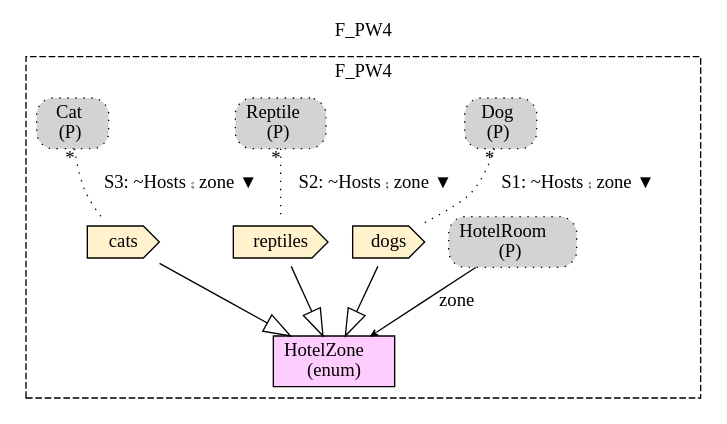
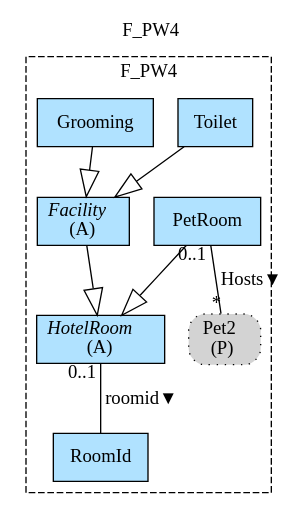
One commit to namalio/Fragmenta changed the diagram in Haskell/FragmentaTests/PetsWorld/img/F_PW4.gv. Above: the diagram before and after it, drawn with Graphviz. The commit also changed 161 other files, not shown here.

```diff
--- a/Haskell/FragmentaTests/PetsWorld/img/F_PW4.gv
+++ b/Haskell/FragmentaTests/PetsWorld/img/F_PW4.gv
@@ -1,25 +1,20 @@
 digraph {graph[label=F_PW4,labelloc=tl,labelfontsize=12];
 subgraph cluster_F_PW4{style=dashed;label=F_PW4;
-"PHotelRoom"[shape=box,fillcolor=lightgray,style ="rounded,filled,dotted",label=<HotelRoom<br/>(P)>];
-"PDog"[shape=box,fillcolor=lightgray,style ="rounded,filled,dotted",label=<Dog<br/>(P)>];
-"PReptile"[shape=box,fillcolor=lightgray,style ="rounded,filled,dotted",label=<Reptile<br/>(P)>];
-"PCat"[shape=box,fillcolor=lightgray,style ="rounded,filled,dotted",label=<Cat<br/>(P)>];
-"dogs"[shape=cds,fillcolor="#FFF2CC",style = filled,label="dogs"];
-"reptiles"[shape=cds,fillcolor="#FFF2CC",style = filled,label="reptiles"];
-"cats"[shape=cds,fillcolor="#FFF2CC",style = filled,label="cats"];
-"HotelZone"[shape=record,fillcolor="#FFCCFF",style = filled,label="HotelZone\l(enum)"];
+"PPet2"[shape=box,fillcolor=lightgray,style ="rounded,filled,dotted",label=<Pet2<br/>(P)>];
+"PetRoom"[shape=record,fillcolor=lightskyblue1,style = filled,label="PetRoom"];
+"RoomId"[shape=record,fillcolor=lightskyblue1,style = filled,label="RoomId"];
+"Facility"[shape=record,fillcolor=lightskyblue1,style = filled,label=<{<I>Facility</I><br/>(A)}>];
+"Toilet"[shape=record,fillcolor=lightskyblue1,style = filled,label="Toilet"];
+"Grooming"[shape=record,fillcolor=lightskyblue1,style = filled,label="Grooming"];
+"HotelRoom"[shape=record,fillcolor=lightskyblue1,style = filled,label=<{<I>HotelRoom</I><br/>(A)}>];
 
-"dogs"->"HotelZone"[arrowhead=onormal,arrowsize=2.0];
-"reptiles"->"HotelZone"[arrowhead=onormal,arrowsize=2.0];
-"cats"->"HotelZone"[arrowhead=onormal,arrowsize=2.0];
-"PHotelRoom"->"HotelZone"[label="zone",arrowhead=vee,headlabel="",arrowsize=.5];
-"PDog"->"dogs"[label="S1: ~Hosts ⨾ zone ▼",dir=none,taillabel="*",headlabel="",style=dotted];
-"PReptile"->"reptiles"[label="S2: ~Hosts ⨾ zone ▼",dir=none,taillabel="*",headlabel="",style=dotted];
-"PCat"->"cats"[label="S3: ~Hosts ⨾ zone ▼",dir=none,taillabel="*",headlabel="",style=dotted];
+"PetRoom"->"PPet2"[label="Hosts▼",dir=none,taillabel="0..1",headlabel="*"];
+"HotelRoom"->"RoomId"[label="roomid▼",dir=none,taillabel="0..1",headlabel=""];
+"PetRoom"->"HotelRoom"[arrowhead=onormal,arrowsize=2.0];
+"Facility"->"HotelRoom"[arrowhead=onormal,arrowsize=2.0];
+"Toilet"->"Facility"[arrowhead=onormal,arrowsize=2.0];
+"Grooming"->"Facility"[arrowhead=onormal,arrowsize=2.0];
 
 }
 
-
-
-
 }
```
